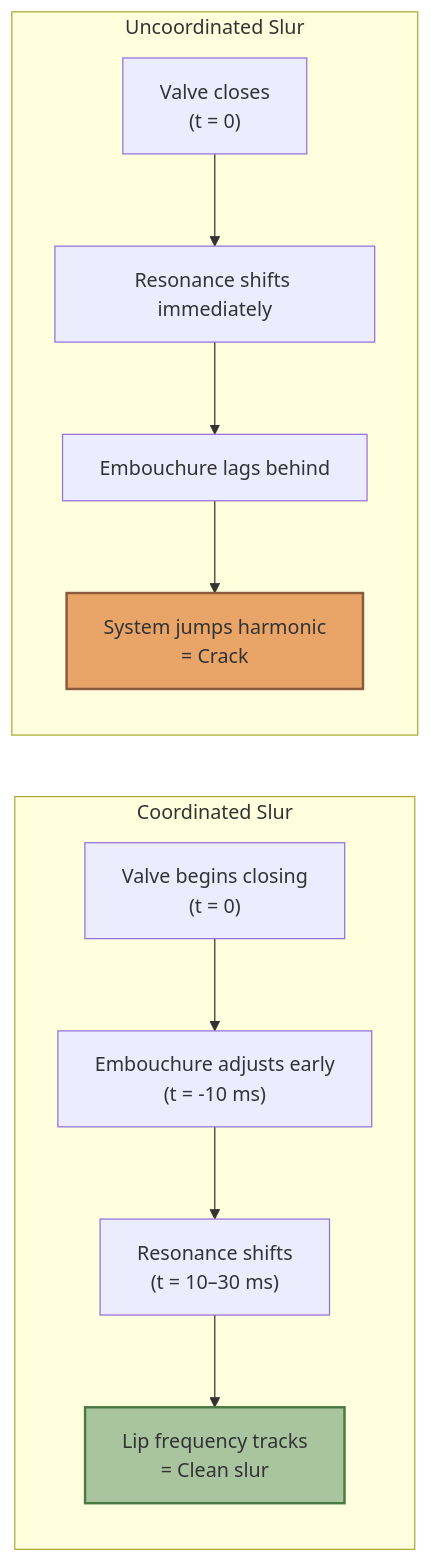
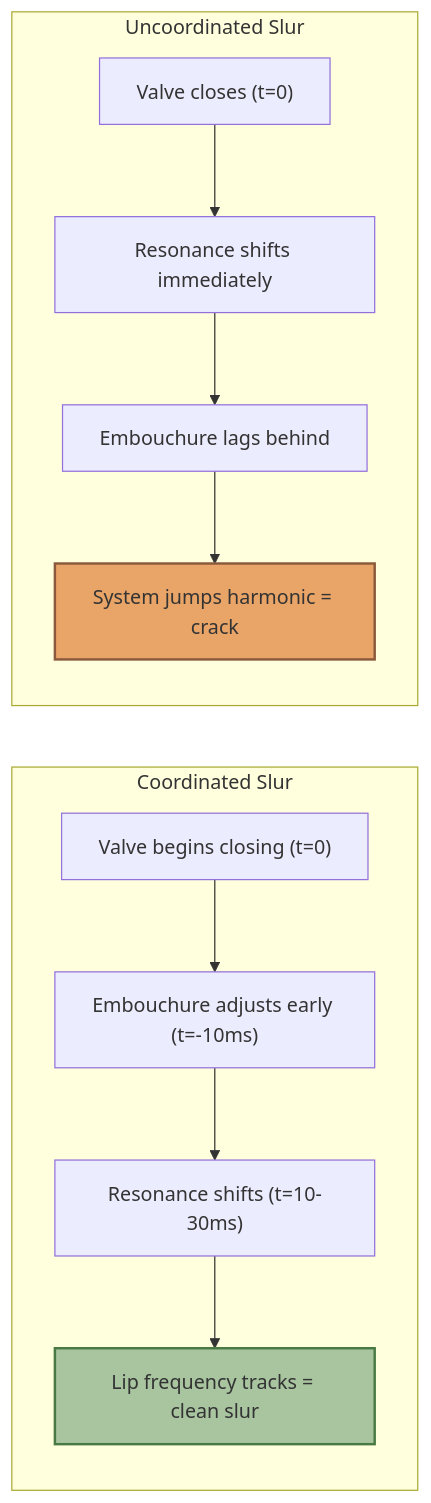
Before and after one commit to blebleblee/synapse: the third of 4 diagrams in topics/arts/music_performance/brass/lesson_02_articulation_and_vibrato.md, drawn with Mermaid. The commit also changed other lines of this file and 4 other files, not shown here.

````diff
--- a/topics/arts/music_performance/brass/lesson_02_articulation_and_vibrato.md
+++ b/topics/arts/music_performance/brass/lesson_02_articulation_and_vibrato.md
@@ -110,17 +105,17 @@
 ```mermaid
 graph LR
     subgraph sub_good ["Coordinated Slur"]
-        A1["Valve begins closing\n(t = 0)"] --> B1["Embouchure adjusts early\n(t = -10 ms)"]
-        B1 --> C1["Resonance shifts\n(t = 10–30 ms)"]
-        C1 --> D1["Lip frequency tracks\n= Clean slur"]
+        A1["Valve begins closing (t=0)"] --> B1["Embouchure adjusts early (t=-10ms)"]
+        B1 --> C1["Resonance shifts (t=10-30ms)"]
+        C1 --> D1["Lip frequency tracks = clean slur"]
     end
 
     subgraph sub_bad ["Uncoordinated Slur"]
-        A2["Valve closes\n(t = 0)"] --> B2["Resonance shifts immediately"]
+        A2["Valve closes (t=0)"] --> B2["Resonance shifts immediately"]
         B2 --> C2["Embouchure lags behind"]
-        C2 --> D2["System jumps harmonic\n= Crack"]
+        C2 --> D2["System jumps harmonic = crack"]
     end
 
     style D1 fill:#A8C5A0,stroke:#4A7A44,stroke-width:2px
     style D2 fill:#E9A568,stroke:#8B5A3C,stroke-width:2px
 ```
````
